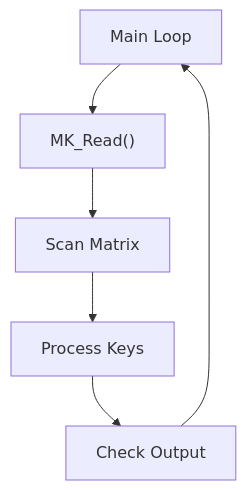
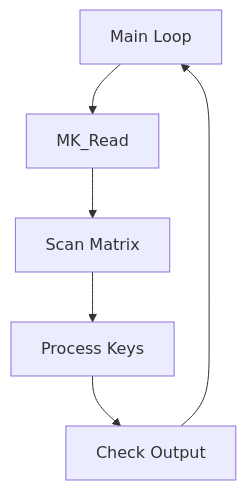
The fifth of 6 diagrams in Libs/Components/MatrixKeyboard/README.md (JP-REY/STM32F103C8T6-Based-Electronic-Lock), drawn with Mermaid before and after one commit. The commit also changed 9 other files, not shown here.

````diff
--- a/Libs/Components/MatrixKeyboard/README.md
+++ b/Libs/Components/MatrixKeyboard/README.md
@@ -618,24 +618,24 @@
 ```mermaid
 flowchart TD
 
     LOOP["Main Loop"]
 
-    READ["MK_Read()"]
+    READ["MK_Read"]
 
     SCAN["Scan Matrix"]
 
     PROCESS["Process Keys"]
 
     OUTPUT["Check Output"]
 
 
     LOOP --> READ
 
     READ --> SCAN
 
     SCAN --> PROCESS
 
     PROCESS --> OUTPUT
 
     OUTPUT --> LOOP
 ```
````
